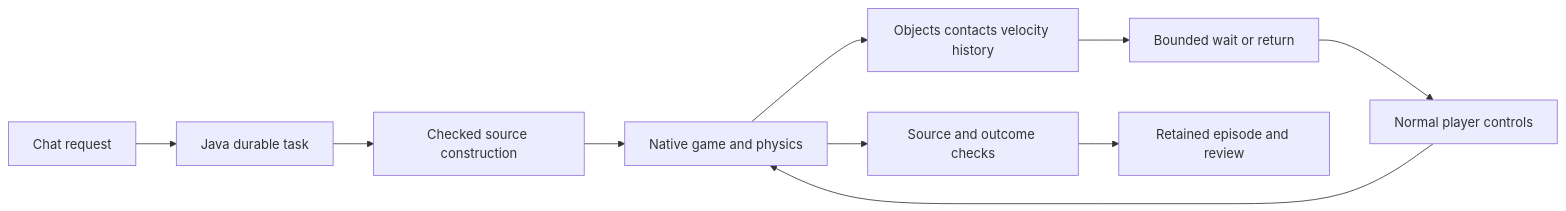
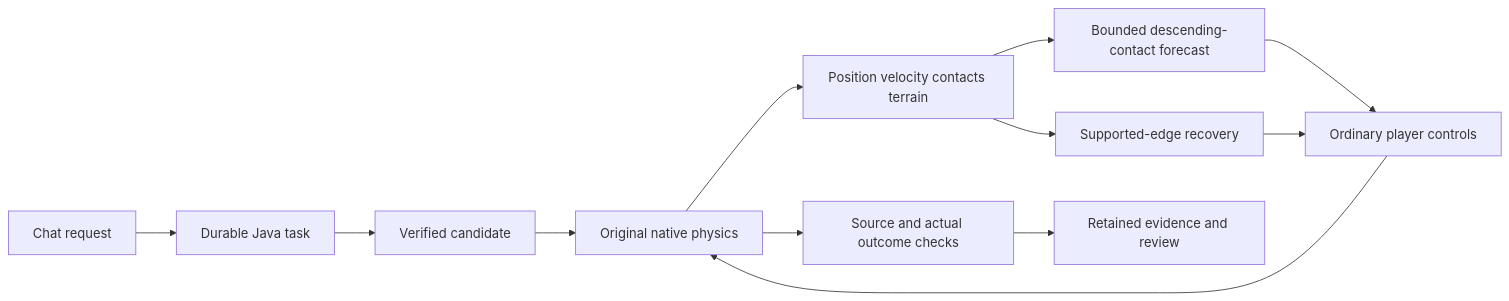
The diagram in README.md (eyeoverthink/Fraynix-Agent-Workspace), drawn with Mermaid before and after one commit. The commit also changed other lines of this file and 936 other files, not shown here.

Commit message:
Document edition 122 enemy-contact forecasts and supported-edge recovery and retained verification with actual evidence

````diff
--- a/README.md
+++ b/README.md
@@ -164,12 +136,14 @@
 ```mermaid
 flowchart LR
- Chat[Chat request] --> Task[Java durable task]
- Task --> Source[Checked source construction]
- Source --> Runtime[Native game and physics]
- Runtime --> Observe[Objects contacts velocity history]
- Observe --> Policy[Bounded wait or return]
- Policy --> Input[Normal player controls]
- Input --> Runtime
- Runtime --> Verify[Source and outcome checks]
- Verify --> History[Retained episode and review]
+ Chat[Chat request] --> Task[Durable Java task]
+ Task --> Source[Verified candidate]
+ Source --> World[Original native physics]
+ World --> Observe[Position velocity contacts terrain]
+ Observe --> Forecast[Bounded descending-contact forecast]
+ Observe --> Recovery[Supported-edge recovery]
+ Forecast --> Input[Ordinary player controls]
+ Recovery --> Input
+ Input --> World
+ World --> Verify[Source and actual outcome checks]
+ Verify --> History[Retained evidence and review]
 ```
````
